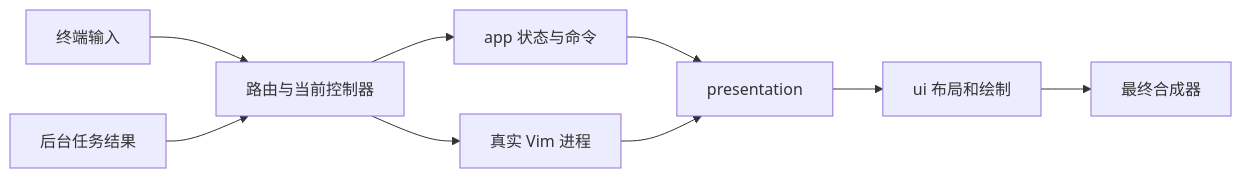
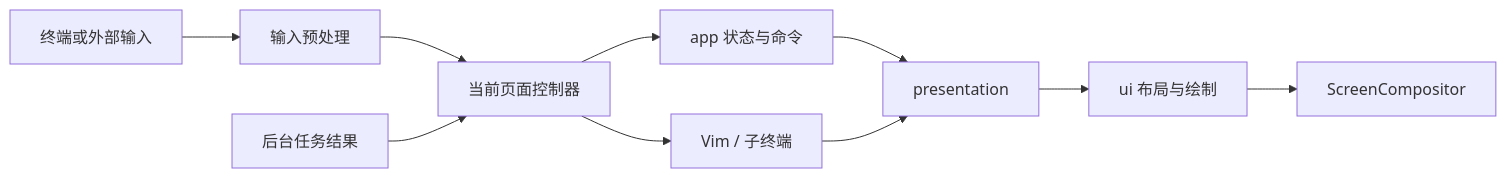
Before and after one commit to peixuanthomas/TundraUX3: the diagram in crates/shell/README.md, drawn with Mermaid. The commit also changed other lines of this file and 6 other files, not shown here.

````diff
--- a/crates/shell/README.md
+++ b/crates/shell/README.md
@@ -129,11 +34,12 @@
 ```mermaid
 flowchart LR
-    Input[终端输入] --> Route[路由与当前控制器]
-    Route --> App[app 状态与命令]
-    Route --> Vim[真实 Vim 进程]
+    Input[终端或外部输入] --> Prepare[输入预处理]
+    Prepare --> Controller[当前页面控制器]
+    Controller --> App[app 状态与命令]
+    Controller --> Vim[Vim / 子终端]
     App --> Present[presentation]
     Vim --> Present
-    Present --> UI[ui 布局和绘制]
-    UI --> Compose[最终合成器]
-    Job[后台任务结果] --> Route
+    Present --> UI[ui 布局与绘制]
+    UI --> Compose[ScreenCompositor]
+    Jobs[后台任务结果] --> Controller
 ```
````
